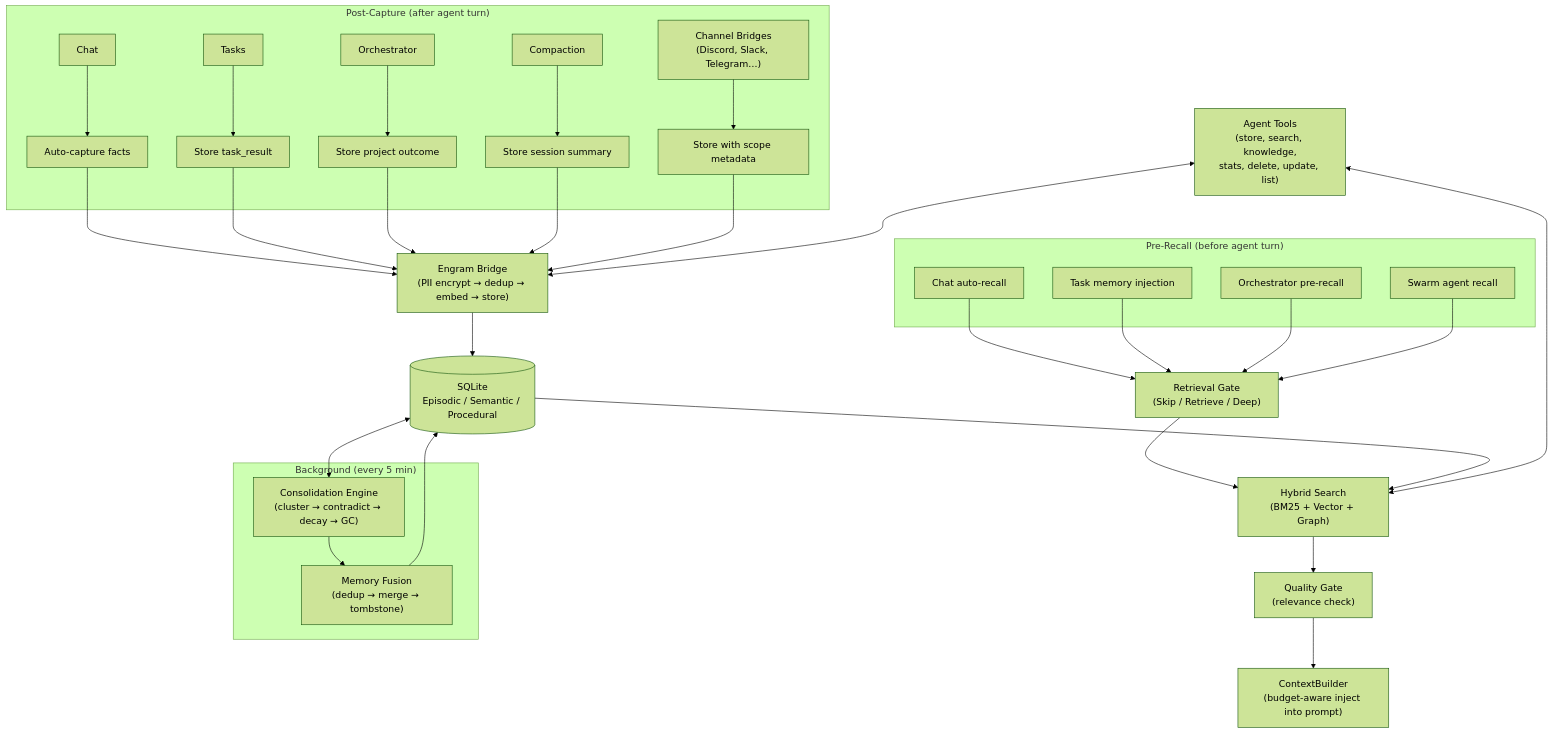
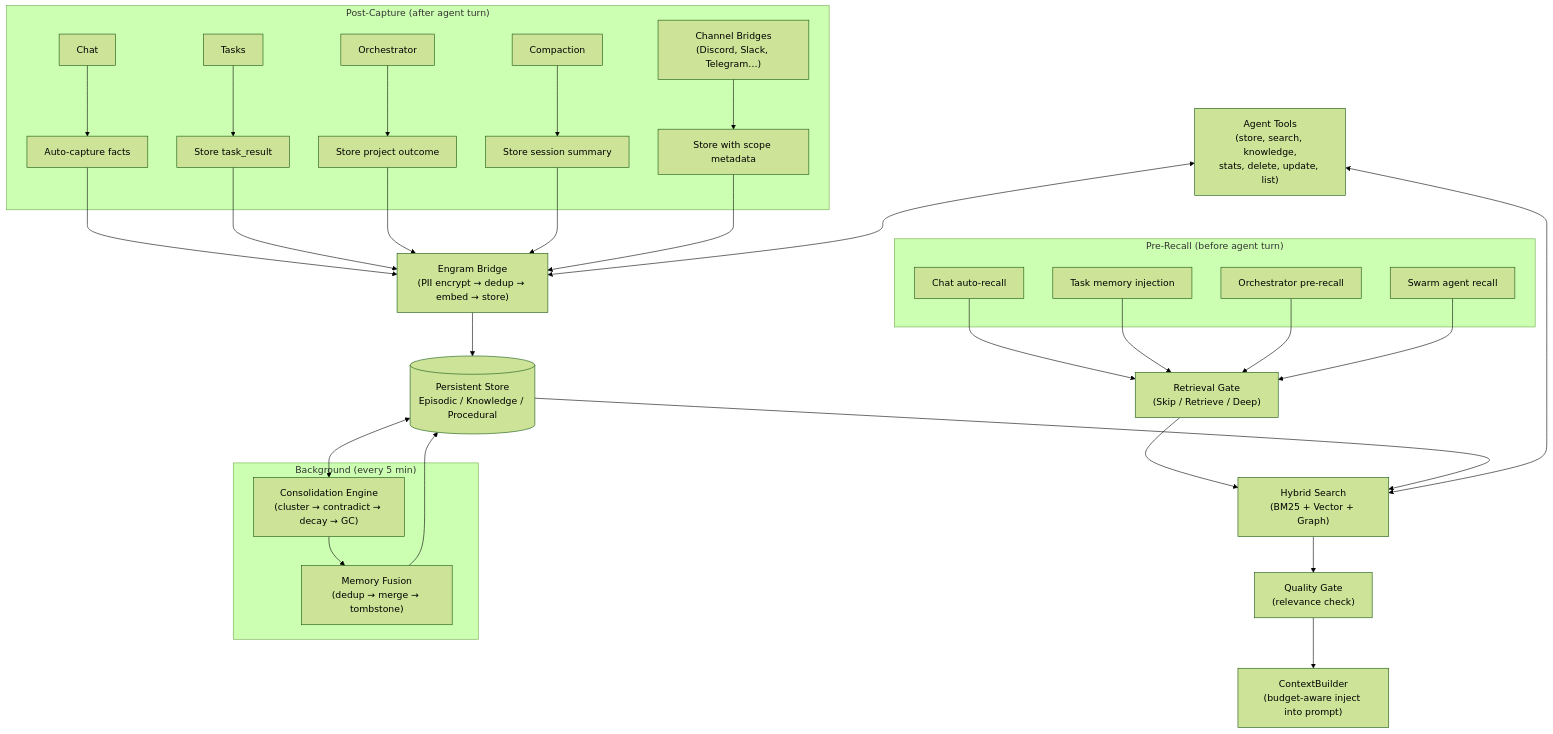
One commit to OpenPawz/openpawz changed the fifth of 5 diagrams in ENGRAM.md. Above: the diagram before and after it, drawn with Mermaid (forest theme). The commit also changed other lines of this file and 3 other files, not shown here.

First line of the commit message:
fix(mcp): include auth headers on SSE transport POSTs; inject vault credentials in flow executor

````diff
--- a/ENGRAM.md
+++ b/ENGRAM.md
@@ -616,38 +616,38 @@
 ```mermaid
 flowchart TD
     subgraph Recall["Pre-Recall (before agent turn)"]
         R1["Chat auto-recall"]
         R2["Task memory injection"]
         R3["Orchestrator pre-recall"]
         R4["Swarm agent recall"]
     end
 
     subgraph Capture["Post-Capture (after agent turn)"]
         CH["Chat"] --> PC["Auto-capture facts"]
         TA["Tasks"] --> PC2["Store task_result"]
         OR["Orchestrator"] --> PC3["Store project outcome"]
         CO["Compaction"] --> PC4["Store session summary"]
         CB["Channel Bridges\n(Discord, Slack, Telegram…)"] --> PC5["Store with scope metadata"]
     end
 
     R1 & R2 & R3 & R4 --> RG["Retrieval Gate\n(Skip / Retrieve / Deep)"]
     RG --> HS["Hybrid Search\n(BM25 + Vector + Graph)"]
     HS --> QG["Quality Gate\n(relevance check)"]
     QG --> CTX["ContextBuilder\n(budget-aware inject into prompt)"]
 
     PC & PC2 & PC3 & PC4 & PC5 --> BR["Engram Bridge\n(PII encrypt → dedup → embed → store)"]
-    BR --> DB[("SQLite\nEpisodic / Semantic / Procedural")]
+    BR --> DB[("Persistent Store\nEpisodic / Knowledge / Procedural")]
     DB --> HS
 
     AT["Agent Tools\n(store, search, knowledge,\nstats, delete, update, list)"] <--> BR
     AT <--> HS
 
     subgraph Background["Background (every 5 min)"]
         CON["Consolidation Engine\n(cluster → contradict → decay → GC)"]
         FUS["Memory Fusion\n(dedup → merge → tombstone)"]
     end
 
     DB <--> CON
     CON --> FUS
     FUS --> DB
 ```
````
